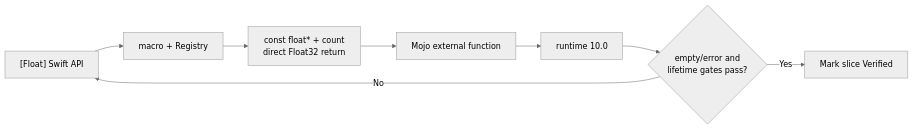
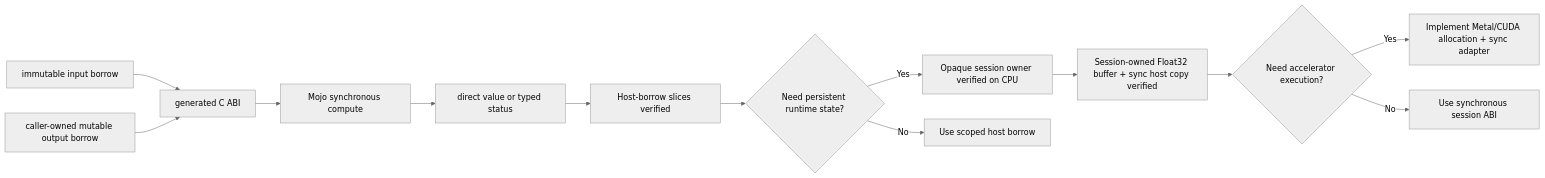
The third of 4 diagrams in docs/ROADMAP.md (1amageek/swift-mojo), drawn with Mermaid (neutral theme) before and after one commit. The commit also changed other lines of this file and 96 other files, not shown here.

````diff
--- a/docs/ROADMAP.md
+++ b/docs/ROADMAP.md
@@ -252,10 +260,15 @@
 ```mermaid
 flowchart LR
-    S["[Float] Swift API"] --> M["macro + Registry"]
-    M --> C["const float* + count<br/>direct Float32 return"]
-    C --> J["Mojo external function"]
-    J --> R["runtime 10.0"]
-    R --> E{"empty/error and<br/>lifetime gates pass?"}
-    E -->|No| S
-    E -->|Yes| V["Mark slice Verified"]
+    I["immutable input borrow"] --> ABI["generated C ABI"]
+    O["caller-owned mutable output borrow"] --> ABI
+    ABI --> J["Mojo synchronous compute"]
+    J --> S["direct value or typed status"]
+    S --> H["Host-borrow slices verified"]
+    H --> D{"Need persistent runtime state?"}
+    D -->|Yes| N["Opaque session owner verified on CPU"]
+    D -->|No| K["Use scoped host borrow"]
+    N --> B["Session-owned Float32 buffer + sync host copy verified"]
+    B --> G{"Need accelerator execution?"}
+    G -->|Yes| P["Implement Metal/CUDA allocation + sync adapter"]
+    G -->|No| C["Use synchronous session ABI"]
 ```
````
